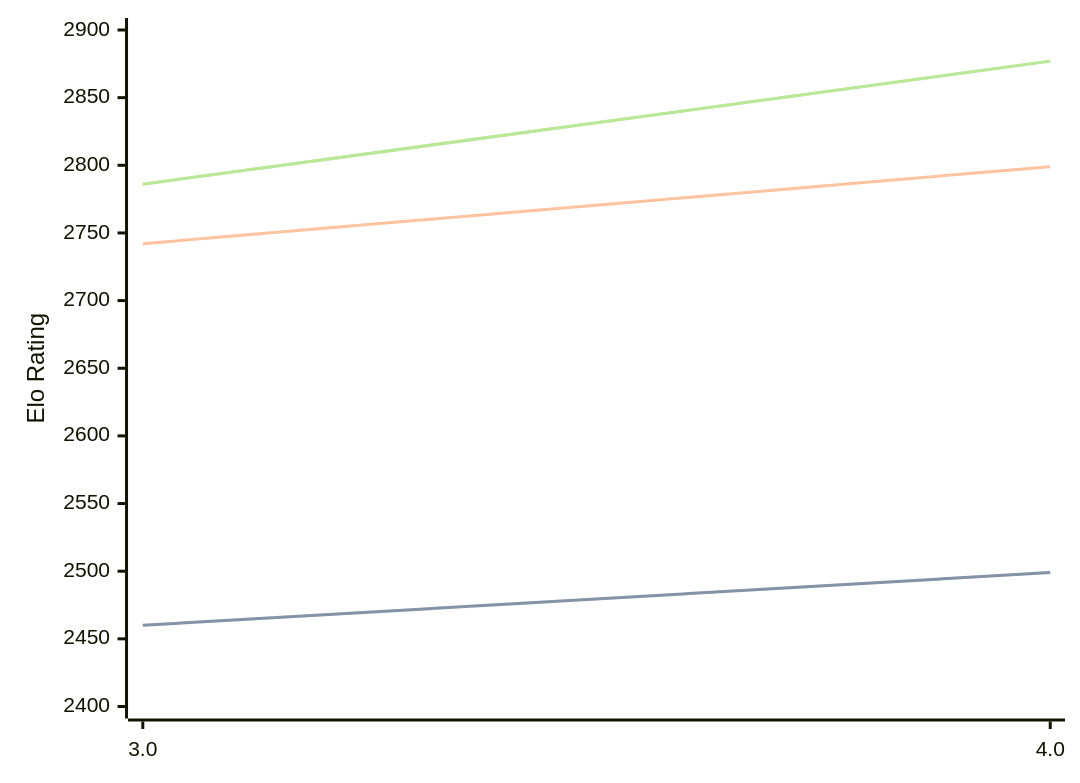
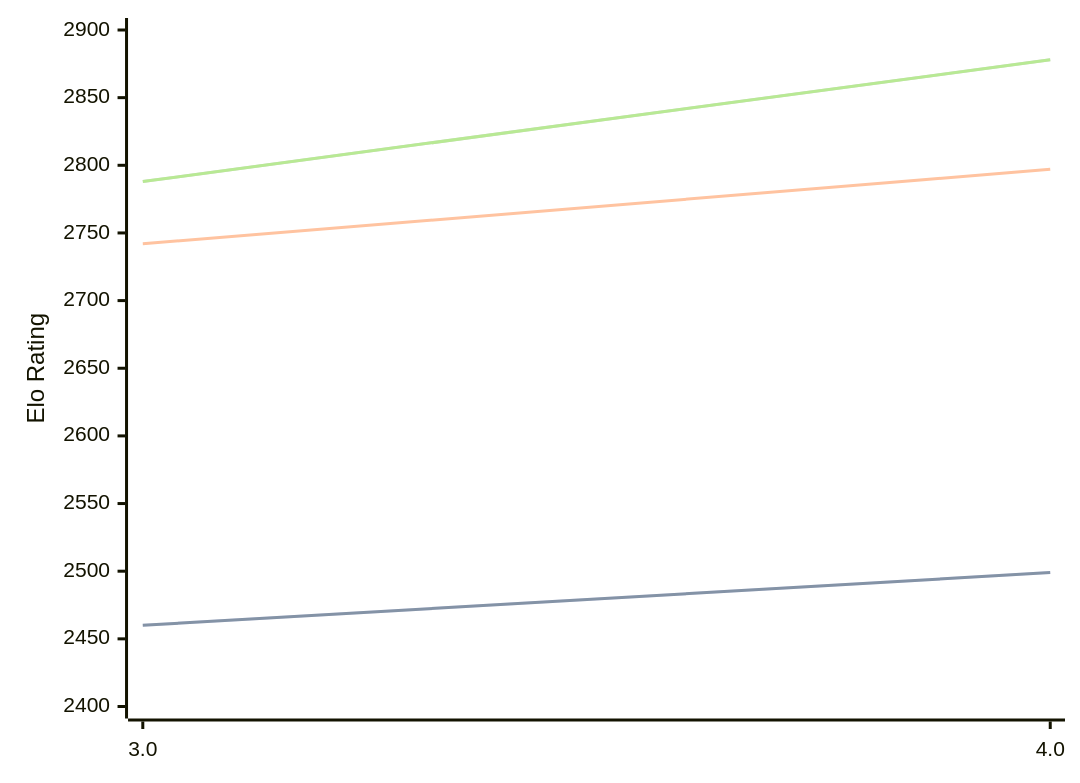
The first of 3 diagrams in engines/Chess3.md (computer-chess-index/cci), drawn with Mermaid before and after one commit. The commit also changed other lines of this file, not shown here.

Commit message:
Update CCI Ratings (ELO VLTC) - 2026-06-21

````diff
--- a/engines/Chess3.md
+++ b/engines/Chess3.md
@@ -34,11 +34,11 @@
 ```mermaid
 %%{init: {"theme":"base","themeVariables":{"seriesColors:['#a3a3a3','#222221','#faa371']}}}%%
 xychart-beta
   x-axis ["3.0", "4.0"]
   y-axis "Elo Rating" 2400 --> 2900
   line "STC (8.0+0.08s)" [2460, 2499]
   line "STC (8.0+0.08s)" [2460, 2499]
-  line "LTC (60.0+0.60s)" [2742, 2799]
-  line "VLTC (2m24s+1.12s)" [2786, 2877]
-  line "VLTC (2m24s+1.12s)" [2786, 2877]
+  line "LTC (60.0+0.60s)" [2742, 2797]
+  line "VLTC (2m24s+1.12s)" [2788, 2878]
+  line "VLTC (2m24s+1.12s)" [2788, 2878]
 ```
````
